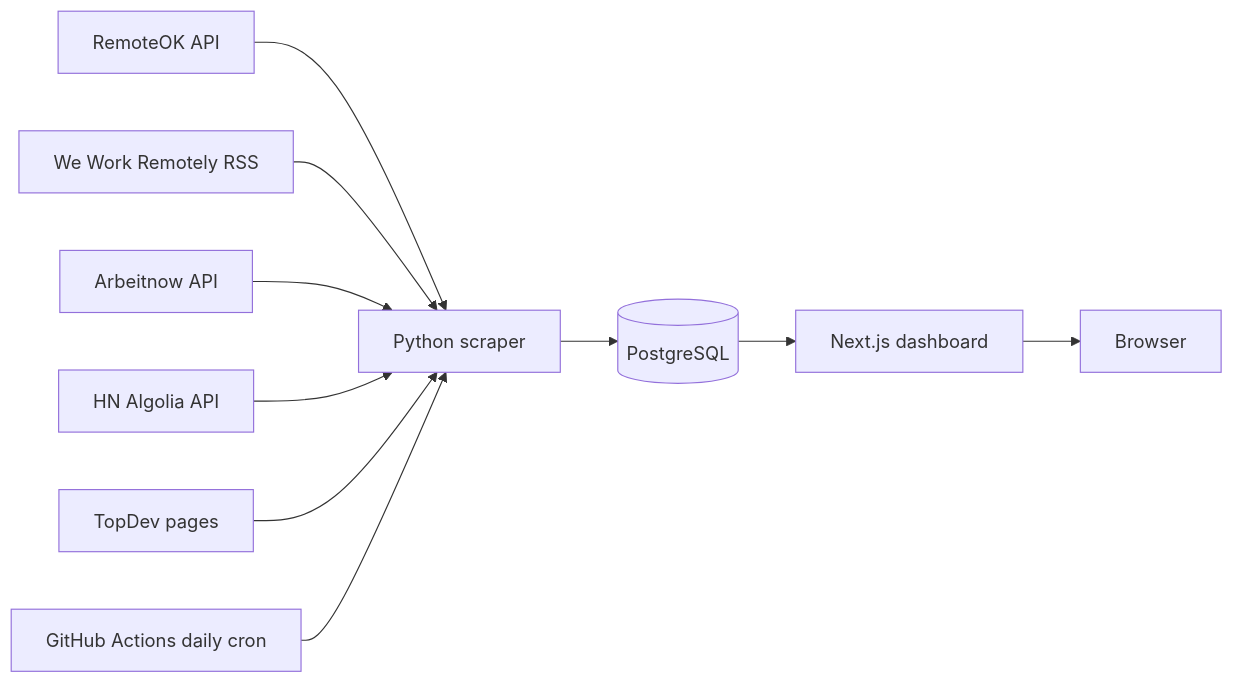
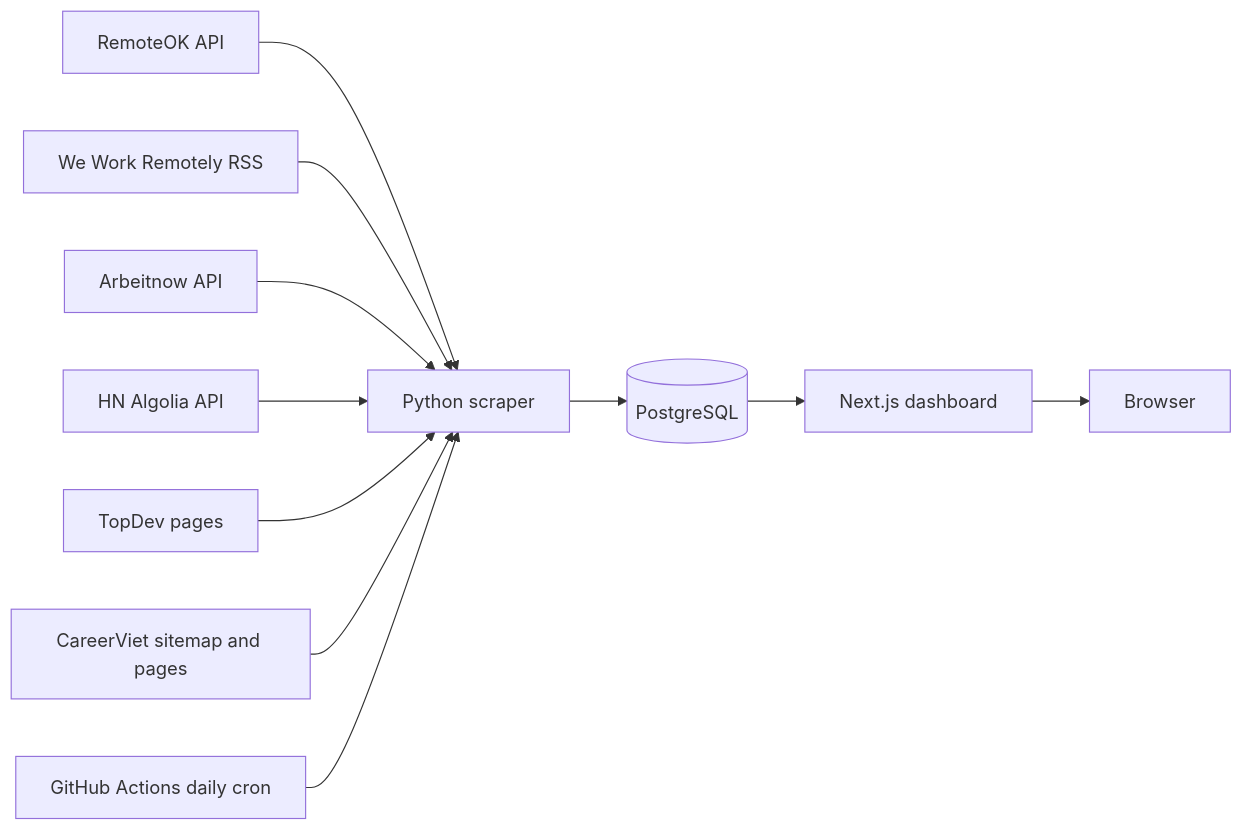
Before and after one commit to nguyen-duong-tien-phat/job-radar: the diagram in README.md, drawn with Mermaid. The commit also changed other lines of this file and 11 other files, not shown here.

First line of the commit message:
Add CareerViet source via the public sitemap

````diff
--- a/README.md
+++ b/README.md
@@ -36,12 +36,13 @@
 ```mermaid
 flowchart LR
   A[RemoteOK API] --> S[Python scraper]
   B[We Work Remotely RSS] --> S
   C[Arbeitnow API] --> S
   D[HN Algolia API] --> S
   E[TopDev pages] --> S
+  F[CareerViet sitemap and pages] --> S
   CRON[GitHub Actions daily cron] --> S
   S --> DB[(PostgreSQL)]
   DB --> W[Next.js dashboard]
   W --> U[Browser]
 ```
````
